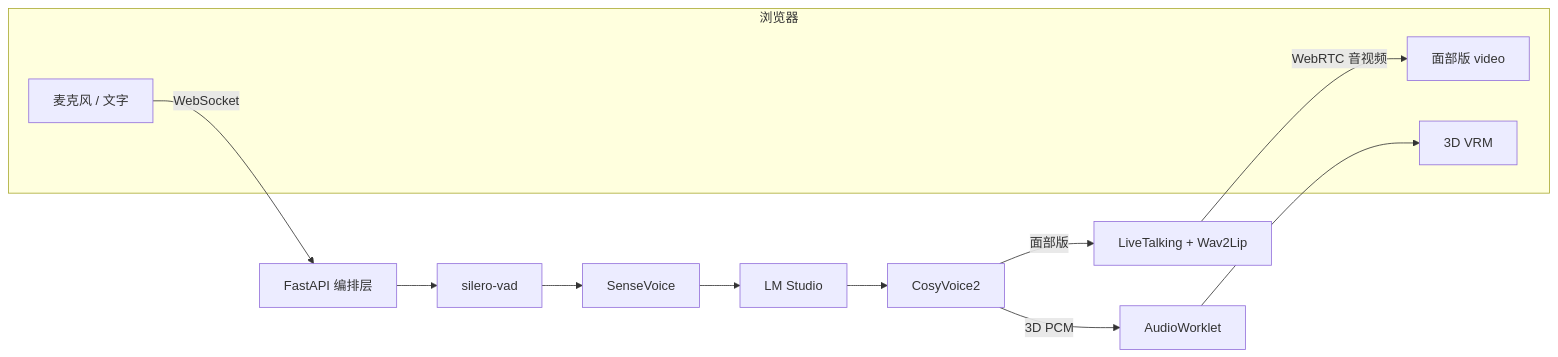
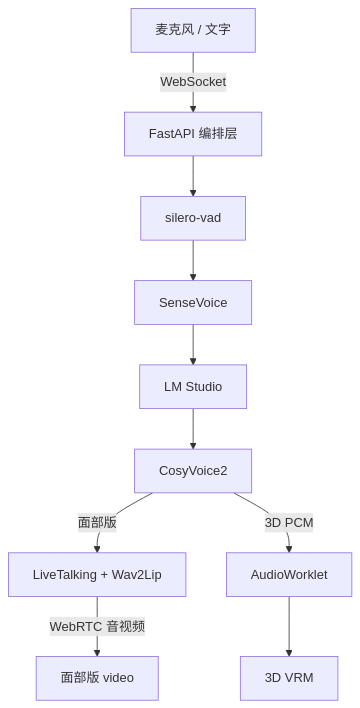
The diagram in README.md (fendouai/mac-ai-girlfriend), drawn with Mermaid before and after one commit. The commit also changed other lines of this file, not shown here.

Commit message:
Polish README quick start and architecture diagram
Use a narrower top-down architecture diagram, link LM Studio, clarify the startup order, and include the avatar start script in the chmod hint.

````diff
--- a/README.md
+++ b/README.md
@@ -250,17 +250,9 @@
 ```mermaid
-flowchart LR
-  subgraph B["浏览器"]
-    Mic["麦克风 / 文字"]
-    Face["面部版 video"]
-    VRM["3D VRM"]
-  end
-  Mic -->|"WebSocket"| Srv["FastAPI 编排层"]
-  Srv --> VAD["silero-vad"]
-  VAD --> STT["SenseVoice"]
-  STT --> LLM["LM Studio"]
-  LLM --> TTS["CosyVoice2"]
+flowchart TB
+  Mic["麦克风 / 文字"] -->|"WebSocket"| Srv["FastAPI 编排层"]
+  Srv --> VAD["silero-vad"] --> STT["SenseVoice"] --> LLM["LM Studio"] --> TTS["CosyVoice2"]
   TTS -->|"面部版"| LT["LiveTalking + Wav2Lip"]
-  LT -->|"WebRTC 音视频"| Face
   TTS -->|"3D PCM"| AW["AudioWorklet"]
-  AW --> VRM
+  LT -->|"WebRTC 音视频"| Face["面部版 video"]
+  AW --> VRM["3D VRM"]
 ```
````
